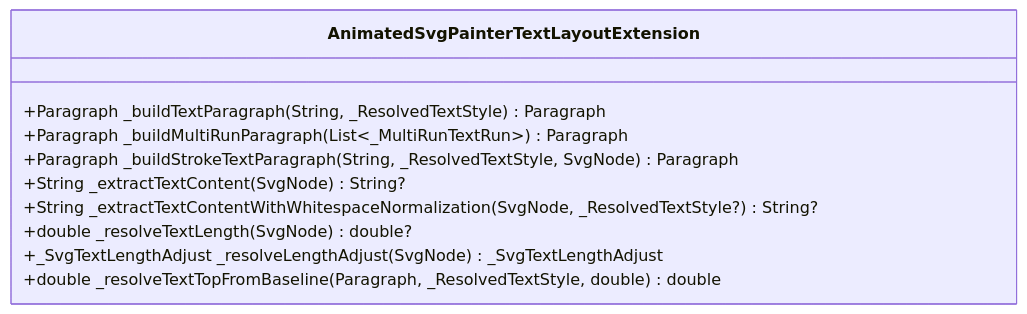
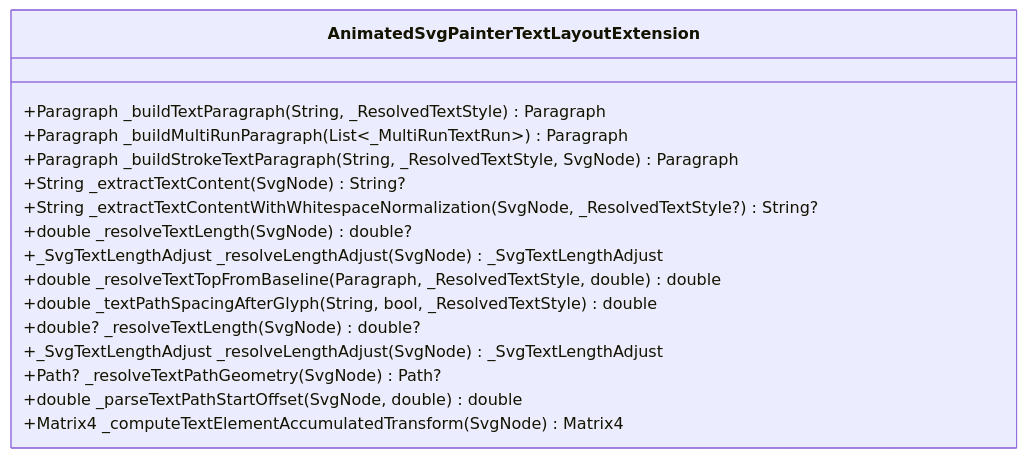
The tenth of 24 diagrams in .qoder/repowiki/en/content/Animated SVG Support/Advanced Animation Features/Enhanced Text Styling System/Enhanced Text Styling System.md (denisnadey/flutter_full_svg_support), drawn with Mermaid before and after one commit. The commit also changed other lines of this file and 65 other files, not shown here.

````diff
--- a/.qoder/repowiki/en/content/Animated SVG Support/Advanced Animation Features/Enhanced Text Styling System/Enhanced Text Styling System.md
+++ b/.qoder/repowiki/en/content/Animated SVG Support/Advanced Animation Features/Enhanced Text Styling System/Enhanced Text Styling System.md
@@ -440,13 +528,19 @@
 ```mermaid
 classDiagram
 class AnimatedSvgPainterTextLayoutExtension {
 +Paragraph _buildTextParagraph(String, _ResolvedTextStyle) Paragraph
 +Paragraph _buildMultiRunParagraph(List<_MultiRunTextRun>) Paragraph
 +Paragraph _buildStrokeTextParagraph(String, _ResolvedTextStyle, SvgNode) Paragraph
 +String _extractTextContent(SvgNode) String?
 +String _extractTextContentWithWhitespaceNormalization(SvgNode, _ResolvedTextStyle?) String?
 +double _resolveTextLength(SvgNode) double?
 +_SvgTextLengthAdjust _resolveLengthAdjust(SvgNode) _SvgTextLengthAdjust
 +double _resolveTextTopFromBaseline(Paragraph, _ResolvedTextStyle, double) double
++double _textPathSpacingAfterGlyph(String, bool, _ResolvedTextStyle) double
++double? _resolveTextLength(SvgNode) double?
++_SvgTextLengthAdjust _resolveLengthAdjust(SvgNode) _SvgTextLengthAdjust
++Path? _resolveTextPathGeometry(SvgNode) Path?
++double _parseTextPathStartOffset(SvgNode, double) double
++Matrix4 _computeTextElementAccumulatedTransform(SvgNode) Matrix4
 }
 ```
````
